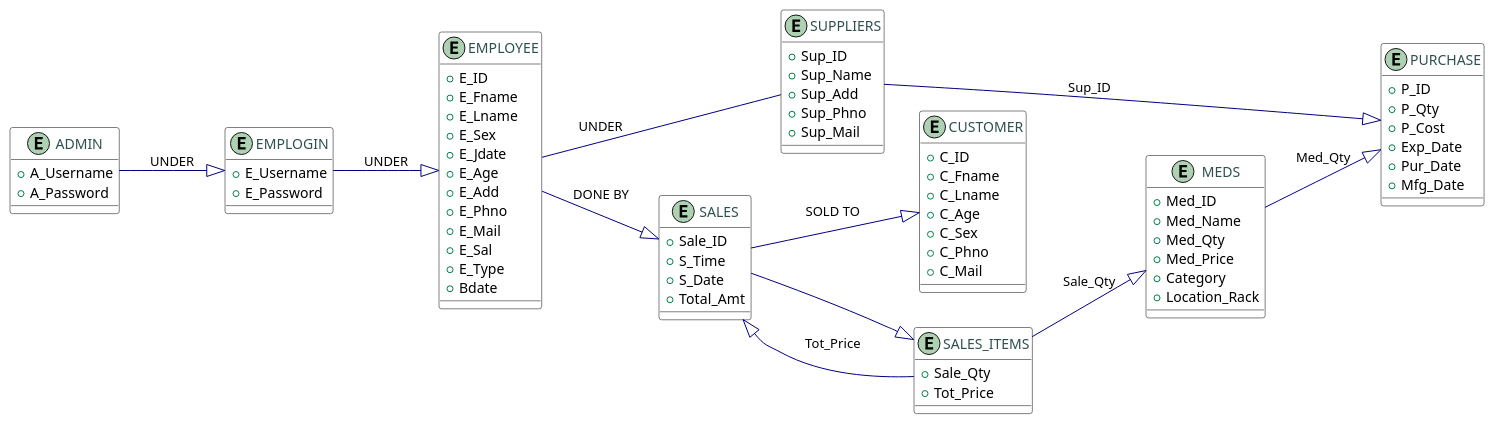
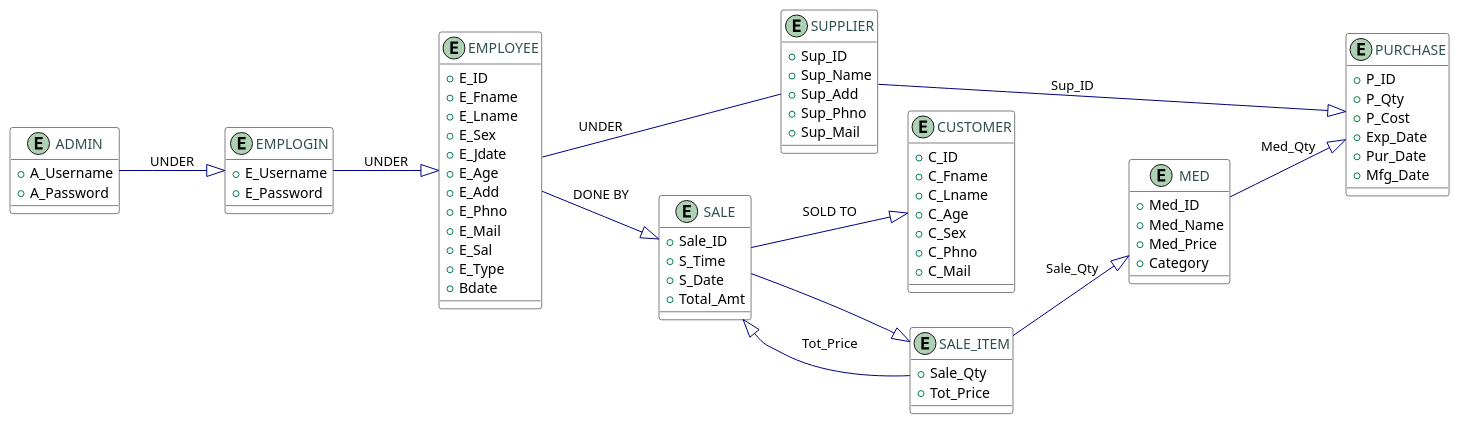
The diagram in design/ER.puml (viettq1997/pharmacy-system), drawn with PlantUML before and after one commit. The commit also changed 33 other files, not shown here.

```diff
--- a/design/ER.puml
+++ b/design/ER.puml
@@ -1,95 +1,93 @@
 @startuml
 left to right direction
 skinparam class {
     BackgroundColor White
     ArrowColor Navy
     BorderColor Black
     FontSize 14
     FontColor DarkSlateGray
 }
 
 entity "ADMIN" as Admin {
   + A_Username
   + A_Password
 }
 
 entity "EMPLOGIN" as EmpLogin {
   + E_Username
   + E_Password
 }
 
 entity "EMPLOYEE" as Employee {
   + E_ID
   + E_Fname
   + E_Lname
   + E_Sex
   + E_Jdate
   + E_Age
   + E_Add
   + E_Phno
   + E_Mail
   + E_Sal
   + E_Type
   + Bdate
 }
 
-entity "SUPPLIERS" as Suppliers {
+entity "SUPPLIER" as Suppliers {
   + Sup_ID
   + Sup_Name
   + Sup_Add
   + Sup_Phno
   + Sup_Mail
 }
 
 entity "CUSTOMER" as Customer {
   + C_ID
   + C_Fname
   + C_Lname
   + C_Age
   + C_Sex
   + C_Phno
   + C_Mail
 }
 
-entity "MEDS" as Meds {
+entity "MED" as Meds {
   + Med_ID
   + Med_Name
-  + Med_Qty
   + Med_Price
   + Category
-  + Location_Rack
 }
 
 entity "PURCHASE" as Purchase {
   + P_ID
   + P_Qty
   + P_Cost
   + Exp_Date
   + Pur_Date
   + Mfg_Date
 }
 
-entity "SALES" as Sales {
+entity "SALE" as Sales {
   + Sale_ID
   + S_Time
   + S_Date
   + Total_Amt
 }
 
-entity "SALES_ITEMS" as SalesItems {
+entity "SALE_ITEM" as SalesItems {
   + Sale_Qty
   + Tot_Price
 }
 
 Admin --|> EmpLogin : UNDER
 EmpLogin --|> Employee : UNDER
 Employee --|> Sales : DONE BY
 Employee -- Suppliers : UNDER
 Sales --|> SalesItems
 SalesItems --|> Meds : Sale_Qty
 SalesItems --|> Sales : Tot_Price
 Meds --|> Purchase : Med_Qty
 Suppliers --|> Purchase : Sup_ID
 Sales --|> Customer : SOLD TO
 
 @enduml
```
